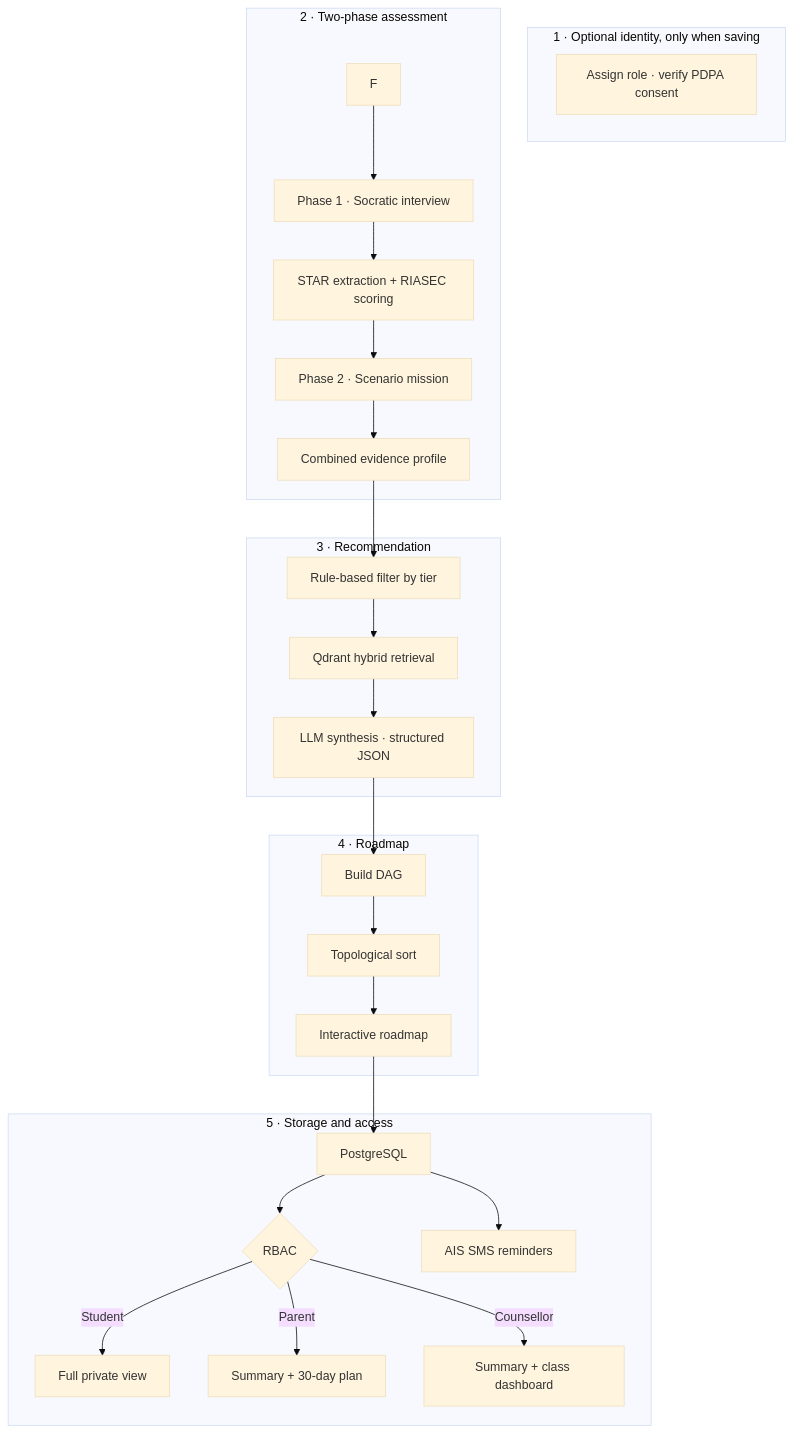
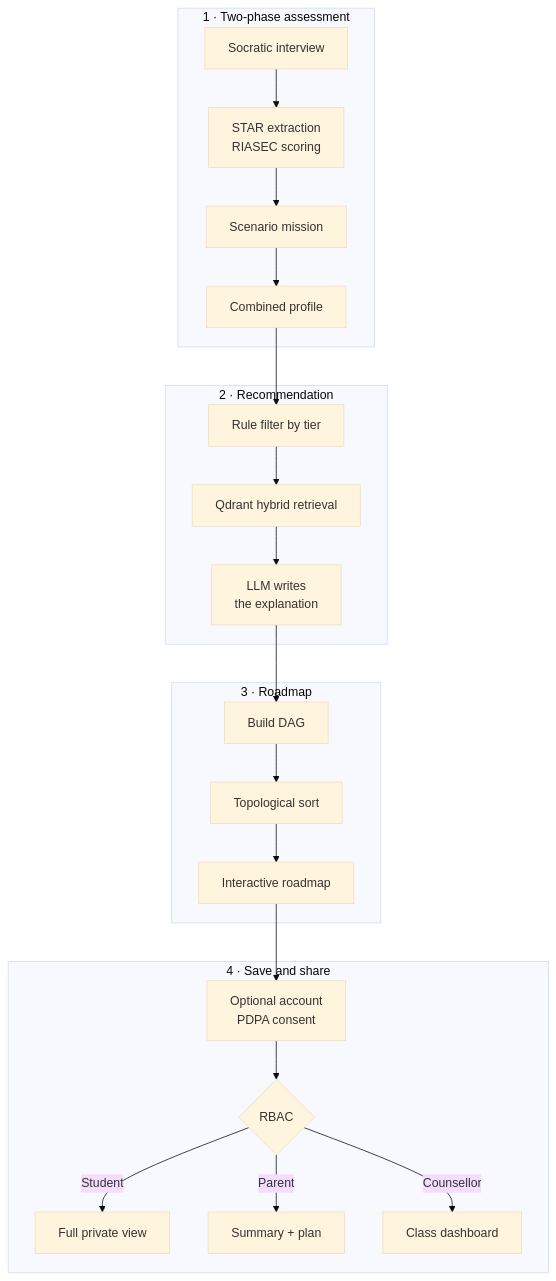
The third of 6 diagrams in docs/05-system-architecture.md (winxtxrgit/futureme-ai), drawn with Mermaid (base theme) before and after one commit. The commit also changed other lines of this file and 9 other files, not shown here.

````diff
--- a/docs/05-system-architecture.md
+++ b/docs/05-system-architecture.md
@@ -75,34 +79,37 @@
 ```mermaid
 flowchart TD
-    subgraph L1 ["1 · Optional identity, only when saving"]
-        E["Assign role · verify PDPA consent"]
+    subgraph L2 ["1 · Two-phase assessment"]
+        G["Socratic interview"]
+        H["STAR extraction<br/>RIASEC scoring"]
+        I["Scenario mission"]
+        J["Combined profile"]
+        G --> H --> I --> J
     end
 
-    subgraph L2 ["2 · Two-phase assessment"]
-        F --> G["Phase 1 · Socratic interview"]
-        G --> H["STAR extraction + RIASEC scoring"]
-        H --> I["Phase 2 · Scenario mission"]
-        I --> J["Combined evidence profile"]
+    subgraph L3 ["2 · Recommendation"]
+        K["Rule filter by tier"]
+        L["Qdrant hybrid retrieval"]
+        M["LLM writes<br/>the explanation"]
+        K --> L --> M
     end
 
-    subgraph L3 ["3 · Recommendation"]
-        J --> K["Rule-based filter by tier"]
-        K --> L["Qdrant hybrid retrieval"]
-        L --> M["LLM synthesis · structured JSON"]
+    subgraph L4 ["3 · Roadmap"]
+        N["Build DAG"]
+        O["Topological sort"]
+        P["Interactive roadmap"]
+        N --> O --> P
     end
 
-    subgraph L4 ["4 · Roadmap"]
-        M --> N["Build DAG"]
-        N --> O["Topological sort"]
-        O --> P["Interactive roadmap"]
+    subgraph L5 ["4 · Save and share"]
+        Q["Optional account<br/>PDPA consent"]
+        R{"RBAC"}
+        Q --> R
+        R -->|Student| S["Full private view"]
+        R -->|Parent| T["Summary + plan"]
+        R -->|Counsellor| U["Class dashboard"]
     end
 
-    subgraph L5 ["5 · Storage and access"]
-        P --> Q["PostgreSQL"]
-        Q --> R{"RBAC"}
-        R -->|Student| S["Full private view"]
-        R -->|Parent| T["Summary + 30-day plan"]
-        R -->|Counsellor| U["Summary + class dashboard"]
-        Q --> V["AIS SMS reminders"]
-    end
+    J --> K
+    M --> N
+    P --> Q
 ```
````
